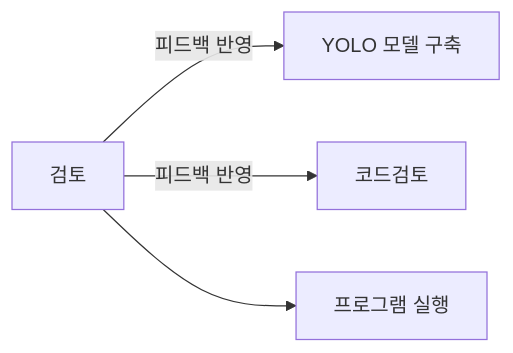
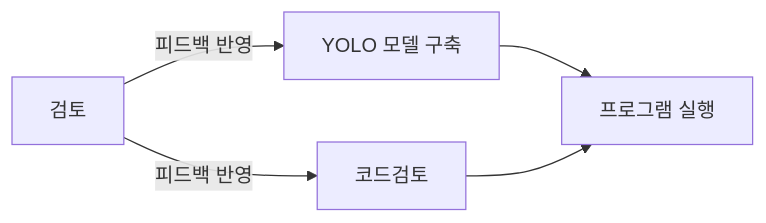
The second of 2 diagrams in README.md (gamdumdum/my-project), drawn with Mermaid before and after one commit.

````diff
--- a/README.md
+++ b/README.md
@@ -22,7 +22,7 @@
 ```mermaid
 flowchart LR
     검토[검토] -->|피드백 반영|Yolo[YOLO 모델 구축]
     검토 -->|피드백 반영|코드검토[코드검토]
-    검토 -->실행[프로그램 실행]
-
+    Yolo -->실행[프로그램 실행]
+    코드검토-->실행
 ```
````
